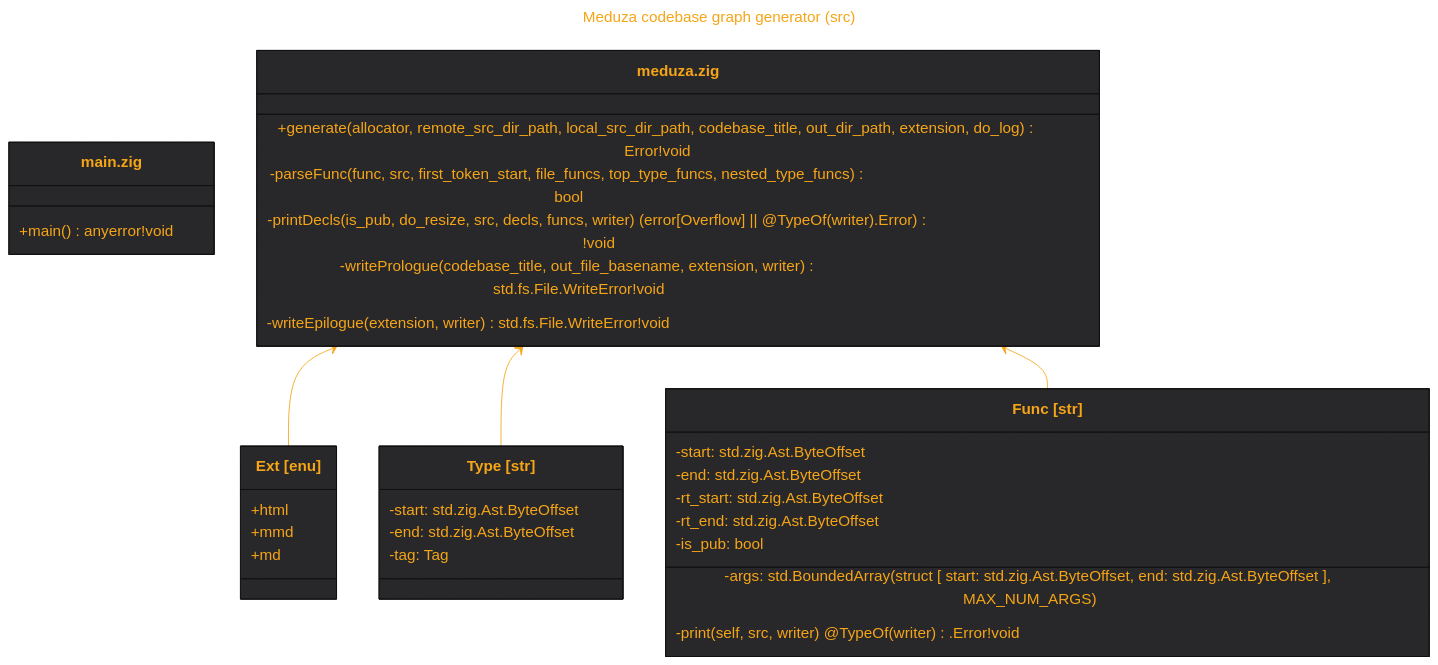
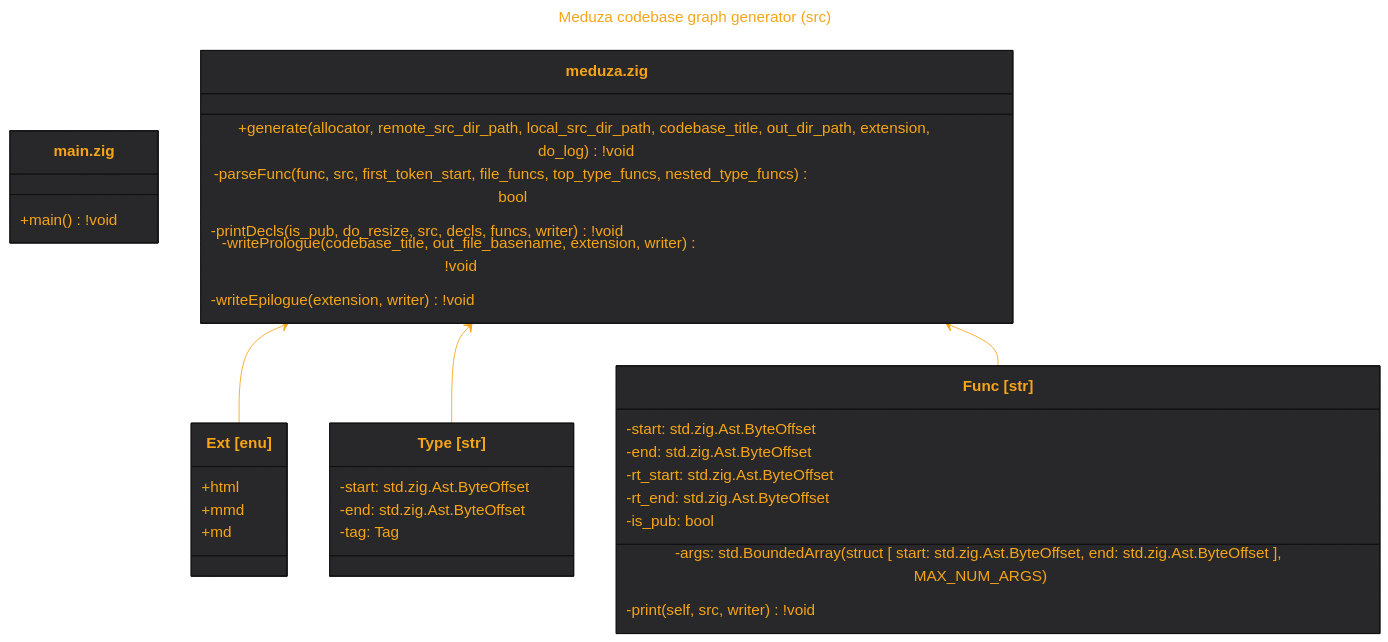
One commit to tensorush/meduza changed the diagram in out/src.md. Above: the diagram before and after it, drawn with Mermaid. The commit also changed 6 other files, not shown here.

````diff
--- a/out/src.md
+++ b/out/src.md
@@ -1,55 +1,55 @@
 ```mermaid
 ---
 title: Meduza codebase graph generator (src)
 ---
 %%{
     init: {
         'theme': 'base',
         'themeVariables': {
             'fontSize': '18px',
             'fontFamily': 'arial',
             'lineColor': '#F6A516',
             'primaryColor': '#28282B',
             'primaryTextColor': '#F6A516'
         }
     }
 }%%
 classDiagram
 class `main.zig` {
-    +main() anyerror!void
+    +main() !void
 }
 link `main.zig` "https://github.com/tensorush/meduza/blob/main/src/main.zig"
 class Ext["Ext [enu]"] {
     +html
     +mmd
     +md
 }
-link Ext "https://github.com/tensorush/meduza/blob/main/src/meduza.zig#L22"
+link Ext "https://github.com/tensorush/meduza/blob/main/src/meduza.zig#L18"
 class Type["Type [str]"] {
     -start: std.zig.Ast.ByteOffset
     -end: std.zig.Ast.ByteOffset
     -tag: Tag
 }
-link Type "https://github.com/tensorush/meduza/blob/main/src/meduza.zig#L32"
+link Type "https://github.com/tensorush/meduza/blob/main/src/meduza.zig#L28"
 class Func["Func [str]"] {
     -start: std.zig.Ast.ByteOffset
     -end: std.zig.Ast.ByteOffset
     -args: std.BoundedArray(struct [ start: std.zig.Ast.ByteOffset, end: std.zig.Ast.ByteOffset ], MAX_NUM_ARGS)
     -rt_start: std.zig.Ast.ByteOffset
     -rt_end: std.zig.Ast.ByteOffset
     -is_pub: bool
-    -print(self, src, writer) @TypeOf(writer).Error!void
+    -print(self, src, writer) !void
 }
-link Func "https://github.com/tensorush/meduza/blob/main/src/meduza.zig#L52"
+link Func "https://github.com/tensorush/meduza/blob/main/src/meduza.zig#L48"
 class `meduza.zig` {
-    +generate(allocator, remote_src_dir_path, local_src_dir_path, codebase_title, out_dir_path, extension, do_log) Error!void
+    +generate(allocator, remote_src_dir_path, local_src_dir_path, codebase_title, out_dir_path, extension, do_log) !void
     -parseFunc(func, src, first_token_start, file_funcs, top_type_funcs, nested_type_funcs) bool
-    -printDecls(is_pub, do_resize, src, decls, funcs, writer) (error[Overflow] || @TypeOf(writer).Error)!void
-    -writePrologue(codebase_title, out_file_basename, extension, writer) std.fs.File.WriteError!void
-    -writeEpilogue(extension, writer) std.fs.File.WriteError!void
+    -printDecls(is_pub, do_resize, src, decls, funcs, writer) !void
+    -writePrologue(codebase_title, out_file_basename, extension, writer) !void
+    -writeEpilogue(extension, writer) !void
 }
 `meduza.zig` <-- Ext
 `meduza.zig` <-- Type
 `meduza.zig` <-- Func
 link `meduza.zig` "https://github.com/tensorush/meduza/blob/main/src/meduza.zig"
 ```
````
